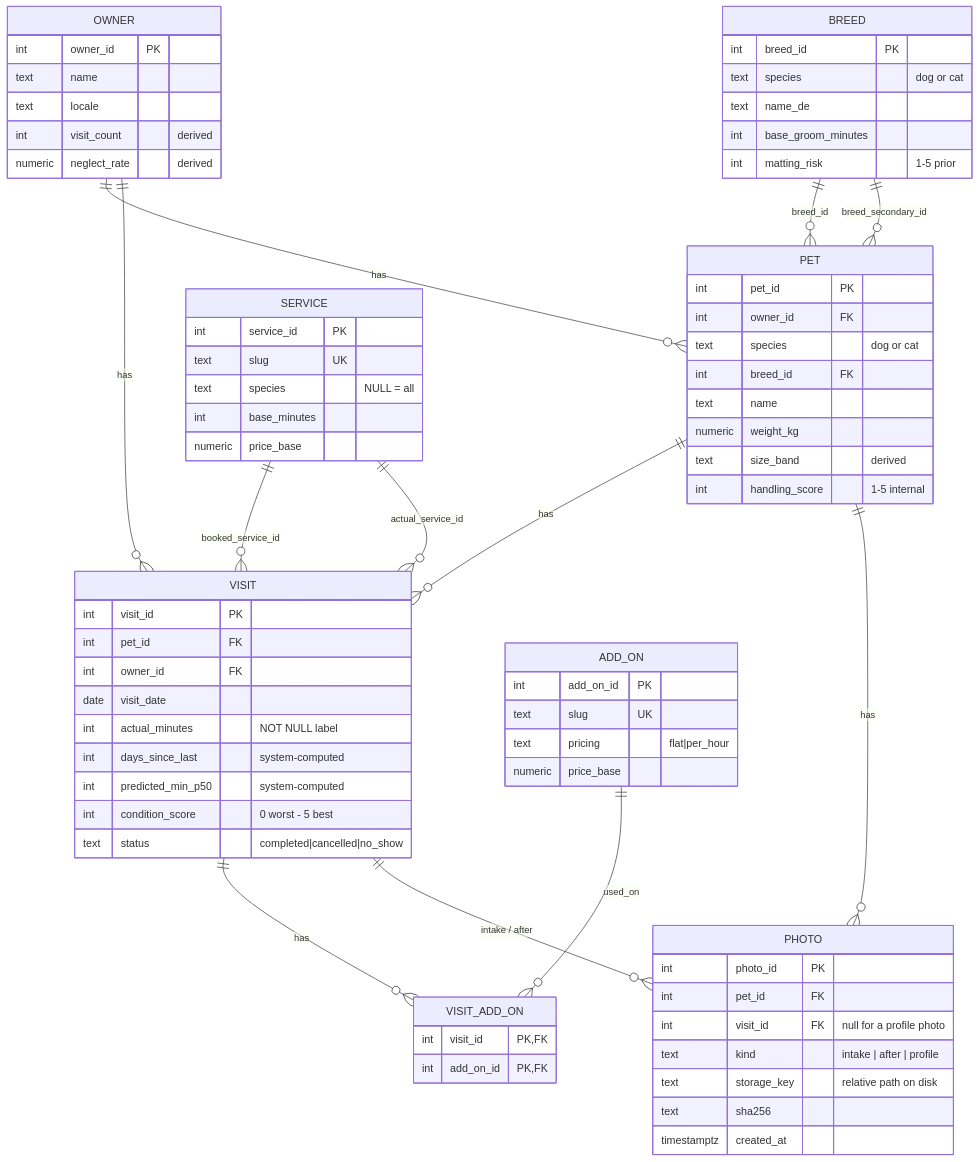
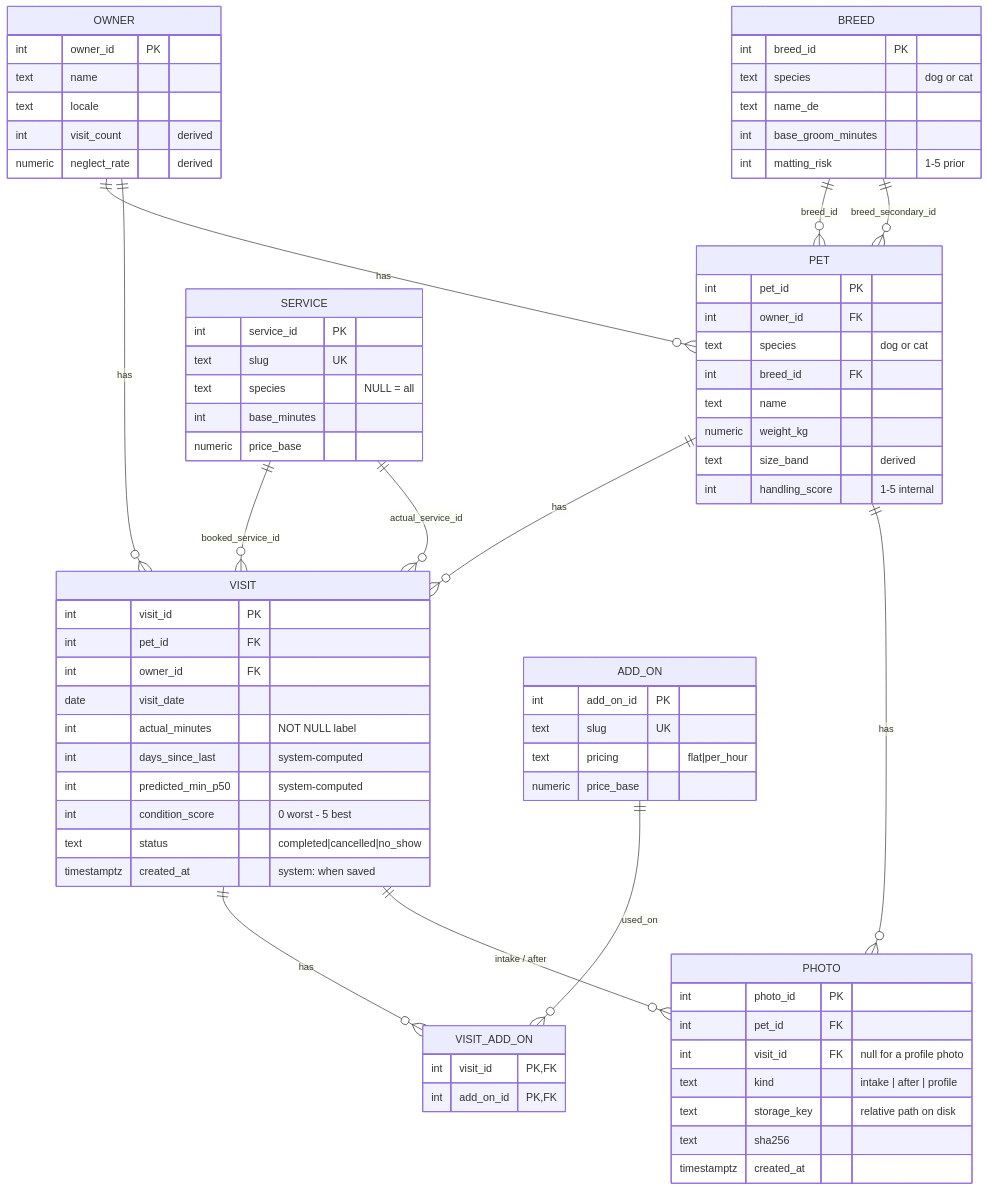
Before and after one commit to BOYSABIO/muttmetrics: the diagram in docs/architecture/schema.md, drawn with Mermaid. The commit also changed other lines of this file and 10 other files, not shown here.

Commit message:
feat: record when a visit was saved (visit.created_at) (0.6.4, #224)

```diff
--- a/docs/architecture/schema.md
+++ b/docs/architecture/schema.md
@@ -49,6 +49,7 @@
         int predicted_min_p50 "system-computed"
         int condition_score "0 worst - 5 best"
         text status "completed|cancelled|no_show"
+        timestamptz created_at "system: when saved"
     }
 
     BREED {
```
